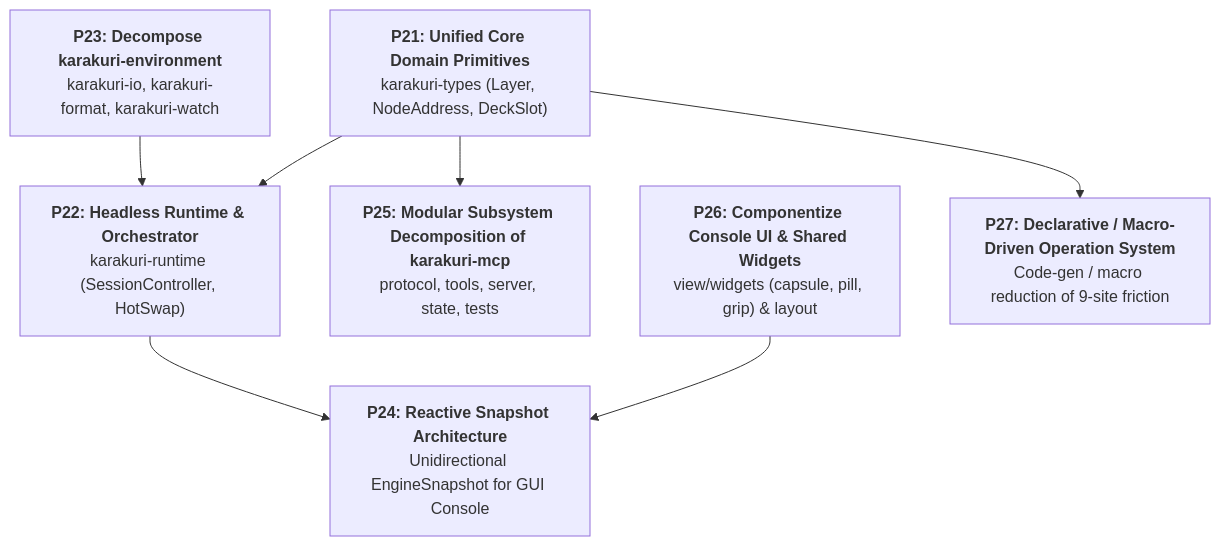
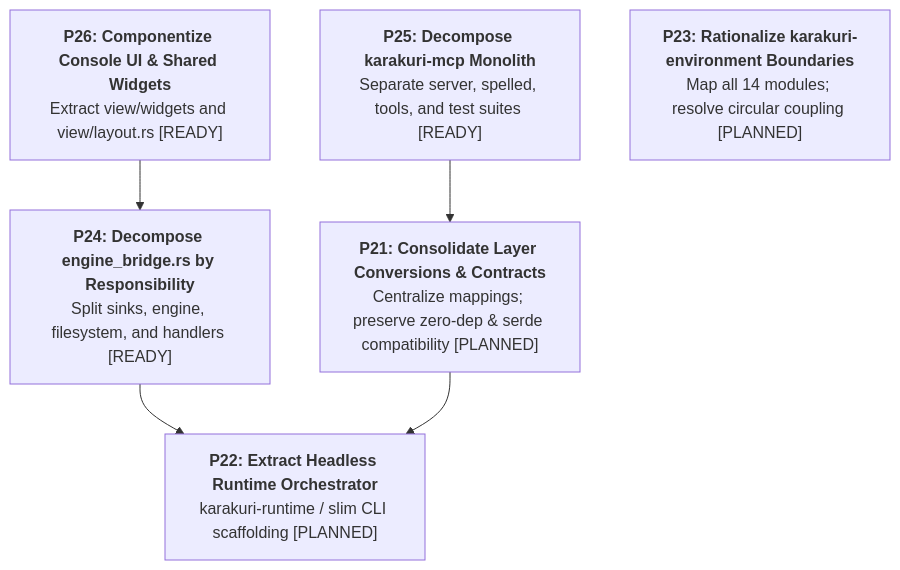
Before and after one commit to toyoshim-i/Karakuri: the diagram in docs/refactoring.md, drawn with Mermaid. The commit also changed other lines of this file, not shown here.

````diff
--- a/docs/refactoring.md
+++ b/docs/refactoring.md
@@ -104,17 +72,14 @@
 ```mermaid
 graph TD
-    P21["<b>P21: Unified Core Domain Primitives</b><br/>karakuri-types (Layer, NodeAddress, DeckSlot)"]
-    P22["<b>P22: Headless Runtime & Orchestrator</b><br/>karakuri-runtime (SessionController, HotSwap)"]
-    P23["<b>P23: Decompose karakuri-environment</b><br/>karakuri-io, karakuri-format, karakuri-watch"]
-    P24["<b>P24: Reactive Snapshot Architecture</b><br/>Unidirectional EngineSnapshot for GUI Console"]
-    P25["<b>P25: Modular Subsystem Decomposition of karakuri-mcp</b><br/>protocol, tools, server, state, tests"]
-    P26["<b>P26: Componentize Console UI & Shared Widgets</b><br/>view/widgets (capsule, pill, grip) & layout"]
-    P27["<b>P27: Declarative / Macro-Driven Operation System</b><br/>Code-gen / macro reduction of 9-site friction"]
+    P26["<b>P26: Componentize Console UI & Shared Widgets</b><br/>Extract view/widgets and view/layout.rs [READY]"]
+    P25["<b>P25: Decompose karakuri-mcp Monolith</b><br/>Separate server, spelled, tools, and test suites [READY]"]
+    P24["<b>P24: Decompose engine_bridge.rs by Responsibility</b><br/>Split sinks, engine, filesystem, and handlers [READY]"]
+    P22["<b>P22: Extract Headless Runtime Orchestrator</b><br/>karakuri-runtime / slim CLI scaffolding [PLANNED]"]
+    P21["<b>P21: Consolidate Layer Conversions & Contracts</b><br/>Centralize mappings; preserve zero-dep & serde compatibility [PLANNED]"]
+    P23["<b>P23: Rationalize karakuri-environment Boundaries</b><br/>Map all 14 modules; resolve circular coupling [PLANNED]"]
 
+    P26 --> P24
+    P25 --> P21
+    P24 --> P22
     P21 --> P22
-    P21 --> P25
-    P22 --> P24
-    P23 --> P22
-    P26 --> P24
-    P21 --> P27
 ```
````
